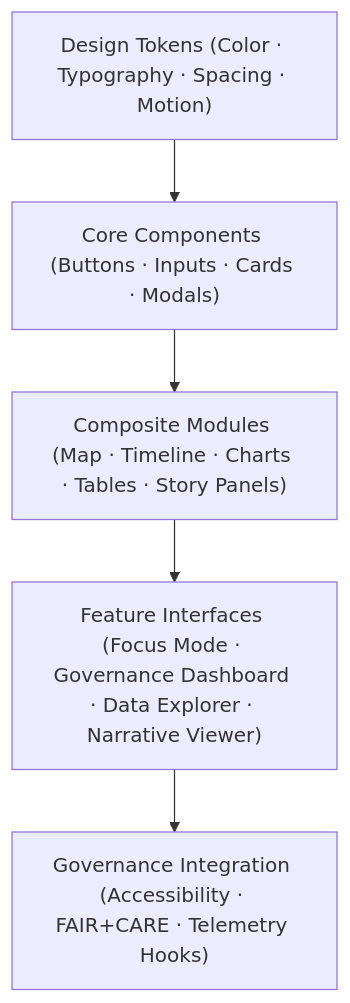
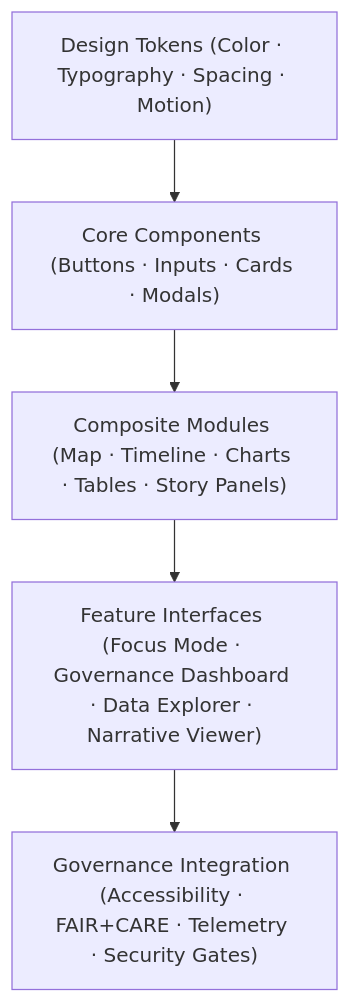
One commit to bartytime4life/Kansas-Frontier-Matrix changed the diagram in docs/architecture/web-ui-design.md. Above: the diagram before and after it, drawn with Mermaid. The commit also changed other lines of this file, not shown here.

First line of the commit message:
Upgrade web UI design architecture to v10.2.3

````diff
--- a/docs/architecture/web-ui-design.md
+++ b/docs/architecture/web-ui-design.md
@@ -50,7 +51,7 @@
 ```mermaid
 flowchart TD
     A["Design Tokens (Color · Typography · Spacing · Motion)"] --> B["Core Components (Buttons · Inputs · Cards · Modals)"]
     B --> C["Composite Modules (Map · Timeline · Charts · Tables · Story Panels)"]
     C --> D["Feature Interfaces (Focus Mode · Governance Dashboard · Data Explorer · Narrative Viewer)"]
-    D --> E["Governance Integration (Accessibility · FAIR+CARE · Telemetry Hooks)"]
+    D --> E["Governance Integration (Accessibility · FAIR+CARE · Telemetry · Security Gates)"]
 ```
````
